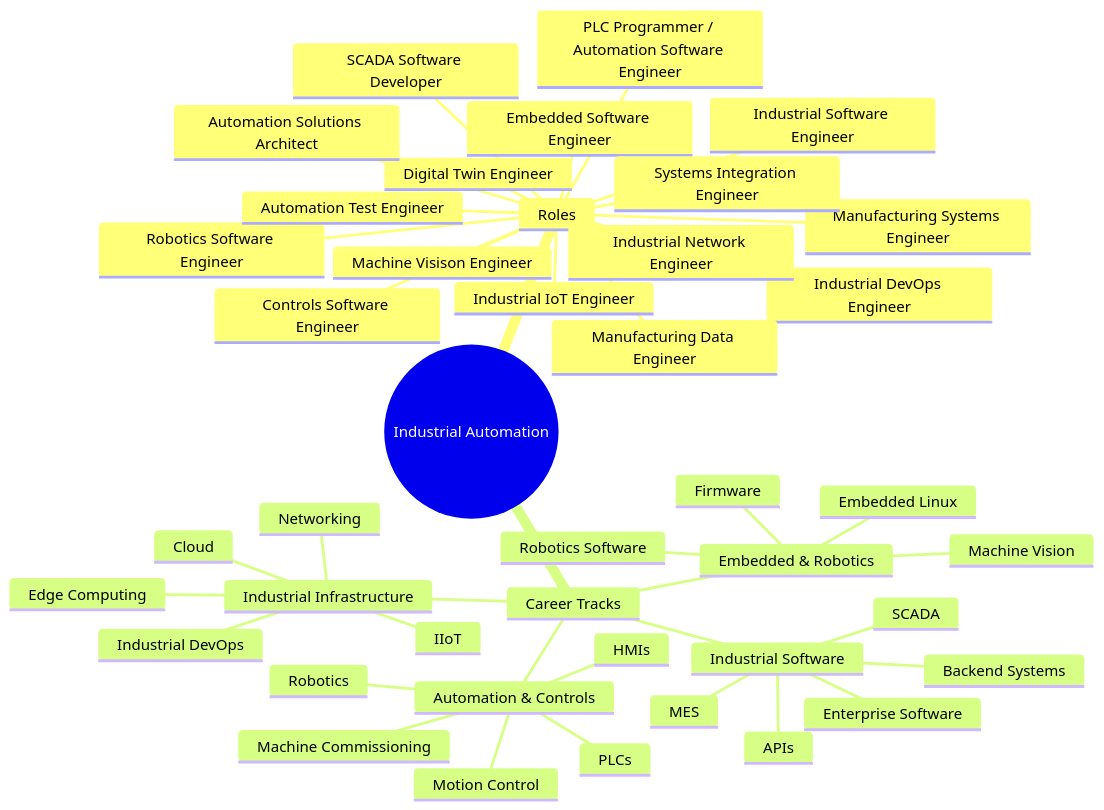
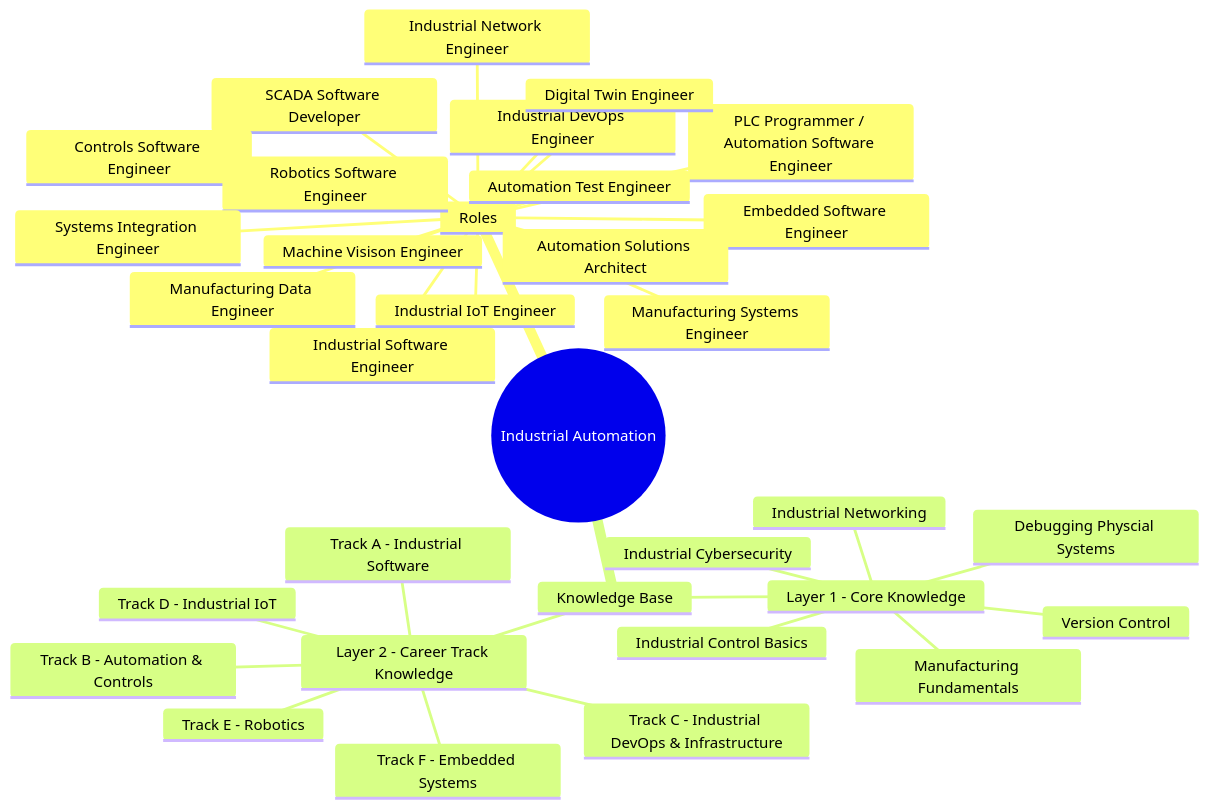
The diagram in industrial_automation/industrial_automation.md (serajn/mindmaps), drawn with Mermaid before and after one commit.

Commit message:
Updated Diagram

````diff
--- a/industrial_automation/industrial_automation.md
+++ b/industrial_automation/industrial_automation.md
@@ -1,47 +1,39 @@
 ```mermaid
 mindmap
     root((Industrial Automation))
 
         Roles
             Industrial Software Engineer
             SCADA Software Developer
             PLC Programmer / Automation Software Engineer
             Controls Software Engineer
             Industrial IoT Engineer
             Industrial DevOps Engineer
             Embedded Software Engineer
             Robotics Software Engineer
             Machine Visison Engineer
             Manufacturing Data Engineer
             Manufacturing Systems Engineer
             Industrial Network Engineer
             Automation Test Engineer
             Systems Integration Engineer
             Digital Twin Engineer
             Automation Solutions Architect
-        
-        Career Tracks
-            Industrial Software
-                MES
-                SCADA
-                Enterprise Software
-                Backend Systems
-                APIs
-            Automation & Controls
-                PLCs
-                HMIs
-                Robotics
-                Motion Control
-                Machine Commissioning
-            Industrial Infrastructure
-                Industrial DevOps
-                Networking
-                Cloud
-                Edge Computing
-                IIoT
-            Embedded & Robotics
-                Firmware
-                Embedded Linux
-                Robotics Software
-                Machine Vision
+            
+        Knowledge Base
+            Layer 1 - Core Knowledge
+                Manufacturing Fundamentals
+                Industrial Control Basics
+                Industrial Networking
+                Industrial Cybersecurity
+                Version Control
+                Debugging Physcial Systems
+            Layer 2 - Career Track Knowledge
+                Track A - Industrial Software
+                Track B - Automation & Controls
+                Track C - Industrial DevOps & Infrastructure
+                Track D - Industrial IoT
+                Track E - Robotics
+                Track F - Embedded Systems
+
 ```
````
